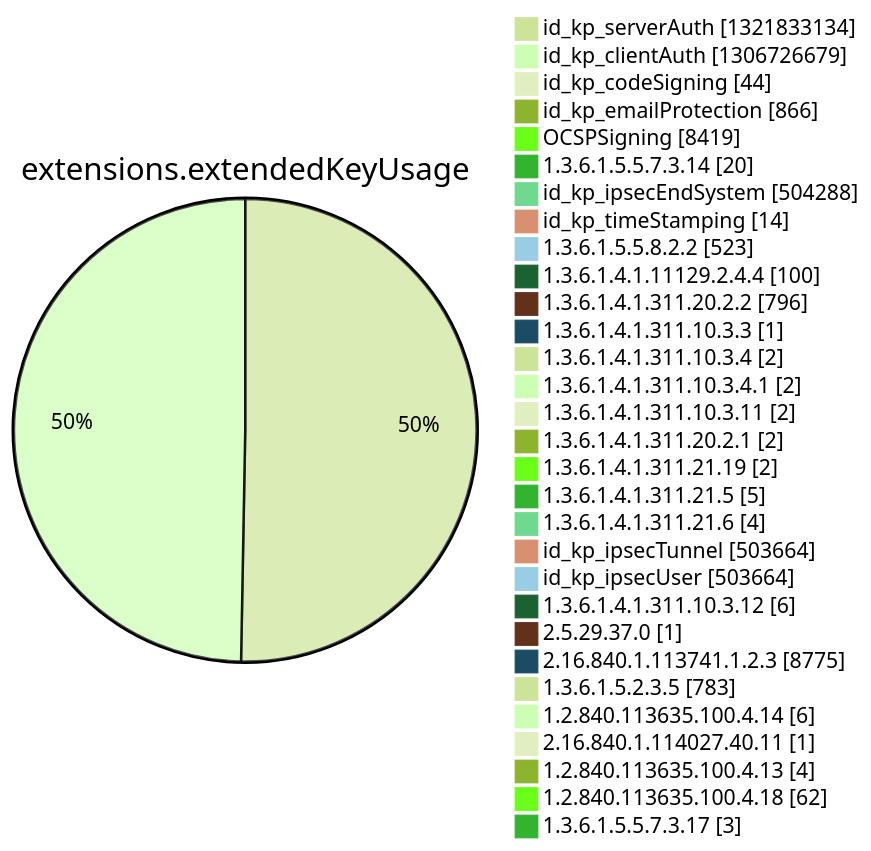
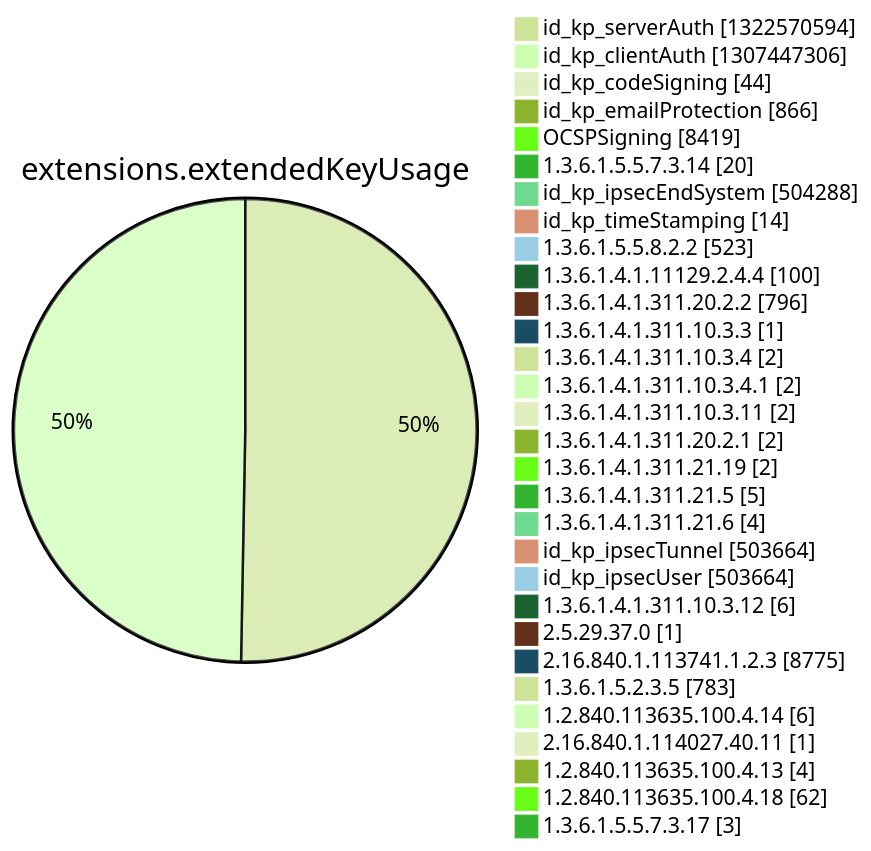
One commit to christiankrug/ctmonitor_visualization changed diagram 12 of 15 in argon2022/README.md. Above: the diagram before and after it, drawn with Mermaid (forest theme). The commit also changed other lines of this file, not shown here.

````diff
--- a/argon2022/README.md
+++ b/argon2022/README.md
@@ -3553,34 +3553,34 @@
 ```mermaid
 pie showData
 title extensions.extendedKeyUsage
-"id_kp_serverAuth" :1321833134
-"id_kp_clientAuth" :1306726679
+"id_kp_serverAuth" :1322570594
+"id_kp_clientAuth" :1307447306
 "id_kp_codeSigning" :44
 "id_kp_emailProtection" :866
 "OCSPSigning" :8419
 "1.3.6.1.5.5.7.3.14" :20
 "id_kp_ipsecEndSystem" :504288
 "id_kp_timeStamping" :14
 "1.3.6.1.5.5.8.2.2" :523
 "1.3.6.1.4.1.11129.2.4.4" :100
 "1.3.6.1.4.1.311.20.2.2" :796
 "1.3.6.1.4.1.311.10.3.3" :1
 "1.3.6.1.4.1.311.10.3.4" :2
 "1.3.6.1.4.1.311.10.3.4.1" :2
 "1.3.6.1.4.1.311.10.3.11" :2
 "1.3.6.1.4.1.311.20.2.1" :2
 "1.3.6.1.4.1.311.21.19" :2
 "1.3.6.1.4.1.311.21.5" :5
 "1.3.6.1.4.1.311.21.6" :4
 "id_kp_ipsecTunnel" :503664
 "id_kp_ipsecUser" :503664
 "1.3.6.1.4.1.311.10.3.12" :6
 "2.5.29.37.0" :1
 "2.16.840.1.113741.1.2.3" :8775
 "1.3.6.1.5.2.3.5" :783
 "1.2.840.113635.100.4.14" :6
 "2.16.840.1.114027.40.11" :1
 "1.2.840.113635.100.4.13" :4
 "1.2.840.113635.100.4.18" :62
 "1.3.6.1.5.5.7.3.17" :3
 ```
````
